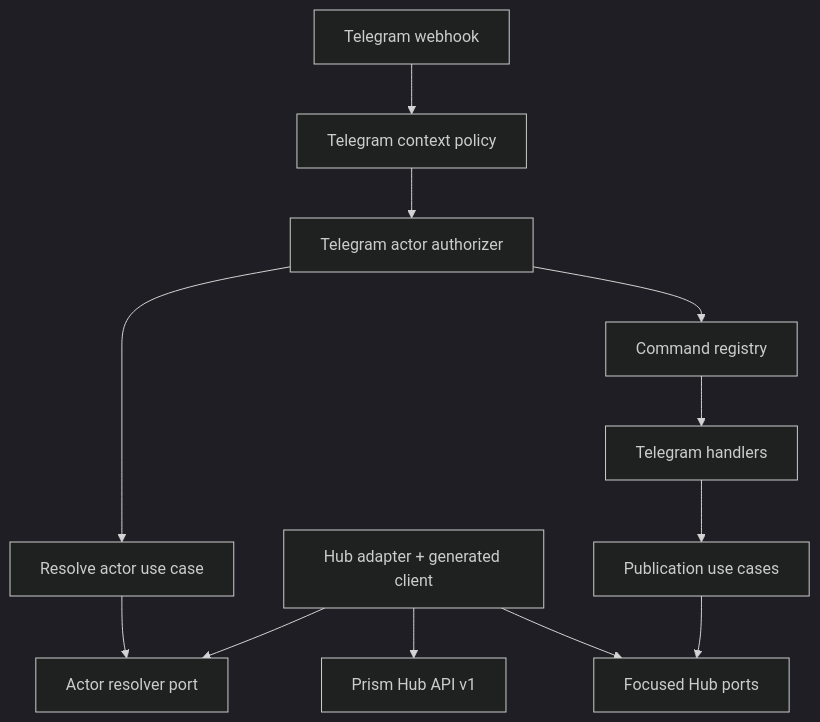
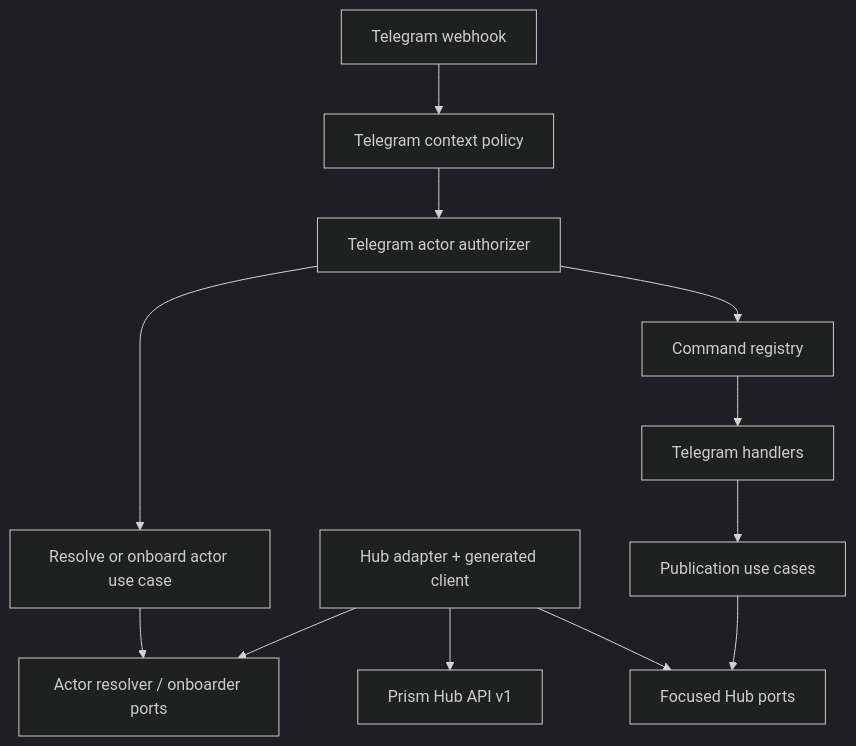
The diagram in docs/architecture.md (aiaiaiai-org/prism-bot), drawn with Mermaid (dark theme) before and after one commit. The commit also changed other lines of this file, not shown here.

Commit message:
Document explicit onboarding architecture

````diff
--- a/docs/architecture.md
+++ b/docs/architecture.md
@@ -8,14 +8,14 @@
 ```mermaid
 flowchart TD
     Webhook["Telegram webhook"] --> Context["Telegram context policy"]
     Context --> ActorAuth["Telegram actor authorizer"]
-    ActorAuth --> ActorUseCase["Resolve actor use case"]
-    ActorUseCase --> ActorPort["Actor resolver port"]
+    ActorAuth --> ActorUseCase["Resolve or onboard actor use case"]
+    ActorUseCase --> ActorPort["Actor resolver / onboarder ports"]
     ActorAdapter["Hub adapter + generated client"] --> ActorPort
     ActorAdapter --> Hub["Prism Hub API v1"]
     ActorAuth --> Router["Command registry"]
     Router --> Handler["Telegram handlers"]
     Handler --> UseCase["Publication use cases"]
     UseCase --> Port["Focused Hub ports"]
     ActorAdapter --> Port
 ```
````
